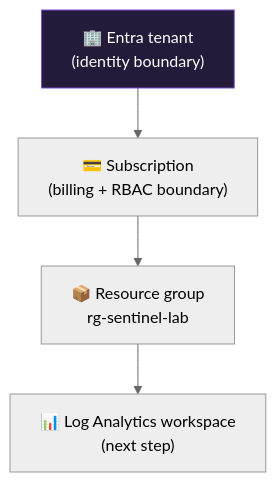
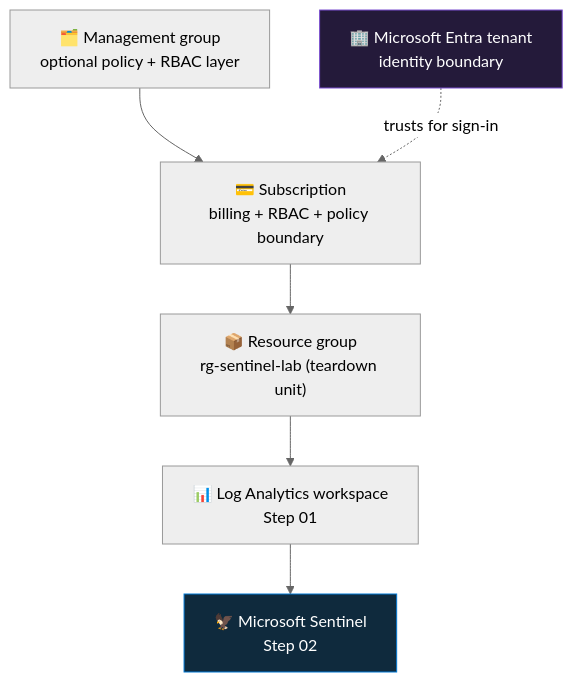
One commit to Tarun2000AD/microsoft-sentinel-live-learning changed the diagram in 00-azure-subscription-and-tenant/README.md. Above: the diagram before and after it, drawn with Mermaid (neutral theme). The commit also changed other lines of this file and 4 other files, not shown here.

````diff
--- a/00-azure-subscription-and-tenant/README.md
+++ b/00-azure-subscription-and-tenant/README.md
@@ -33,7 +87,10 @@
 ```mermaid
 flowchart TD
-    T["🏢 Entra tenant<br/>(identity boundary)"] --> S["💳 Subscription<br/>(billing + RBAC boundary)"]
-    S --> RG["📦 Resource group<br/>rg-sentinel-lab"]
-    RG --> W["📊 Log Analytics workspace<br/>(next step)"]
+    MG["🗂️ Management group<br/>optional policy + RBAC layer"] --> S["💳 Subscription<br/>billing + RBAC + policy boundary"]
+    T["🏢 Microsoft Entra tenant<br/>identity boundary"] -.->|trusts for sign-in| S
+    S --> RG["📦 Resource group<br/>rg-sentinel-lab (teardown unit)"]
+    RG --> W["📊 Log Analytics workspace<br/>Step 01"]
+    W --> SEN["🦅 Microsoft Sentinel<br/>Step 02"]
     style T fill:#241a3a,stroke:#7b4fd0,color:#fff
+    style SEN fill:#0f2a3d,stroke:#0078D4,color:#fff
 ```
````
